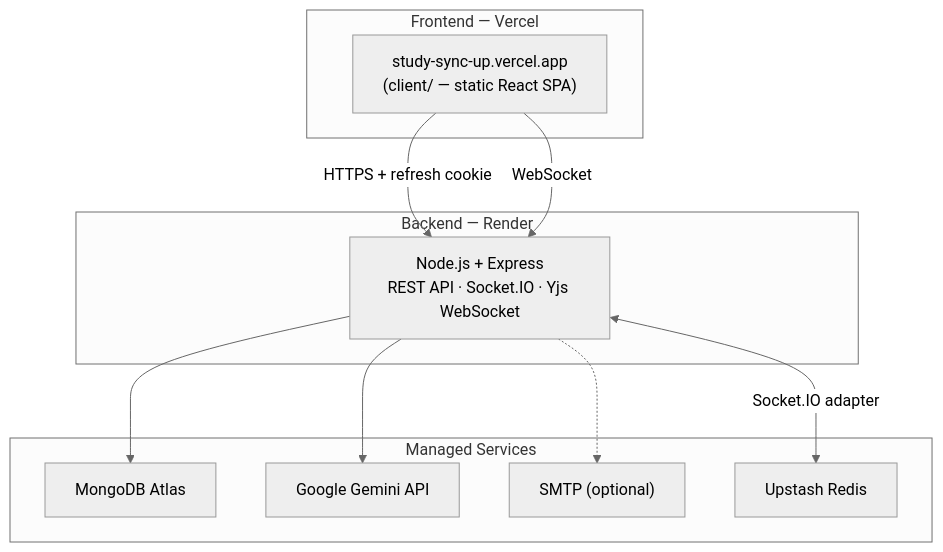
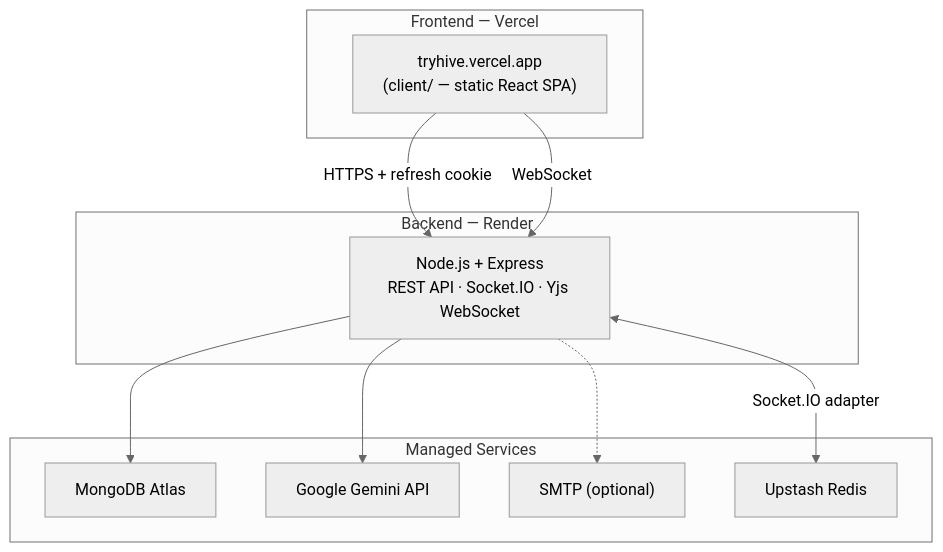
Before and after one commit to Priyansh9506/Hive: diagram 18 of 19 in README.md, drawn with Mermaid (neutral theme). The commit also changed other lines of this file and 19 other files, not shown here.

First line of the commit message:
feat: rename Kolo to Hive and move to tryhive.vercel.app

````diff
--- a/README.md
+++ b/README.md
@@ -1308,24 +1329,24 @@
 ```mermaid
 graph TB
     subgraph Frontend["Frontend — Vercel"]
-        V["study-sync-up.vercel.app<br/>(client/ — static React SPA)"]
+        V["tryhive.vercel.app<br/>(client/ — static React SPA)"]
     end
 
     subgraph Backend["Backend — Render"]
         R["Node.js + Express<br/>REST API · Socket.IO · Yjs WebSocket"]
     end
 
     subgraph Services["Managed Services"]
         MA["MongoDB Atlas"]
         GE["Google Gemini API"]
         SM["SMTP (optional)"]
         UP["Upstash Redis"]
     end
 
     V -->|HTTPS + refresh cookie| R
     V -->|WebSocket| R
     R --> MA
     R --> GE
     R -.-> SM
     R <-->|Socket.IO adapter| UP
 ```
````
